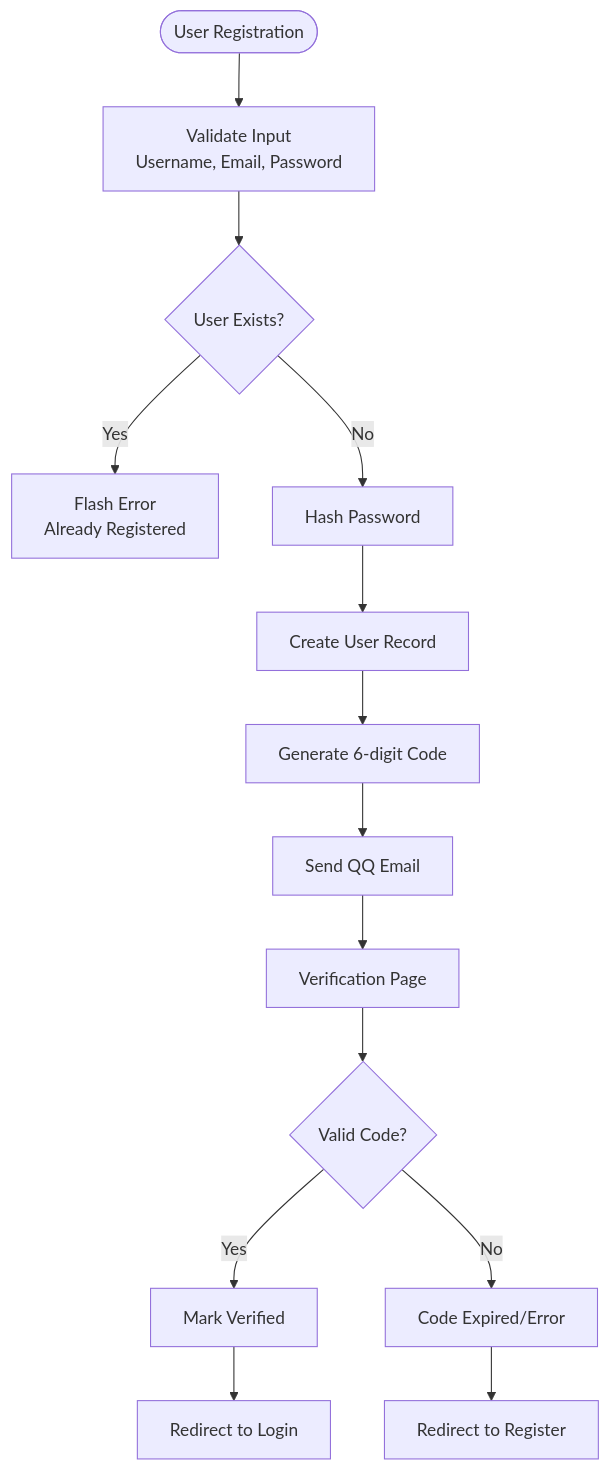
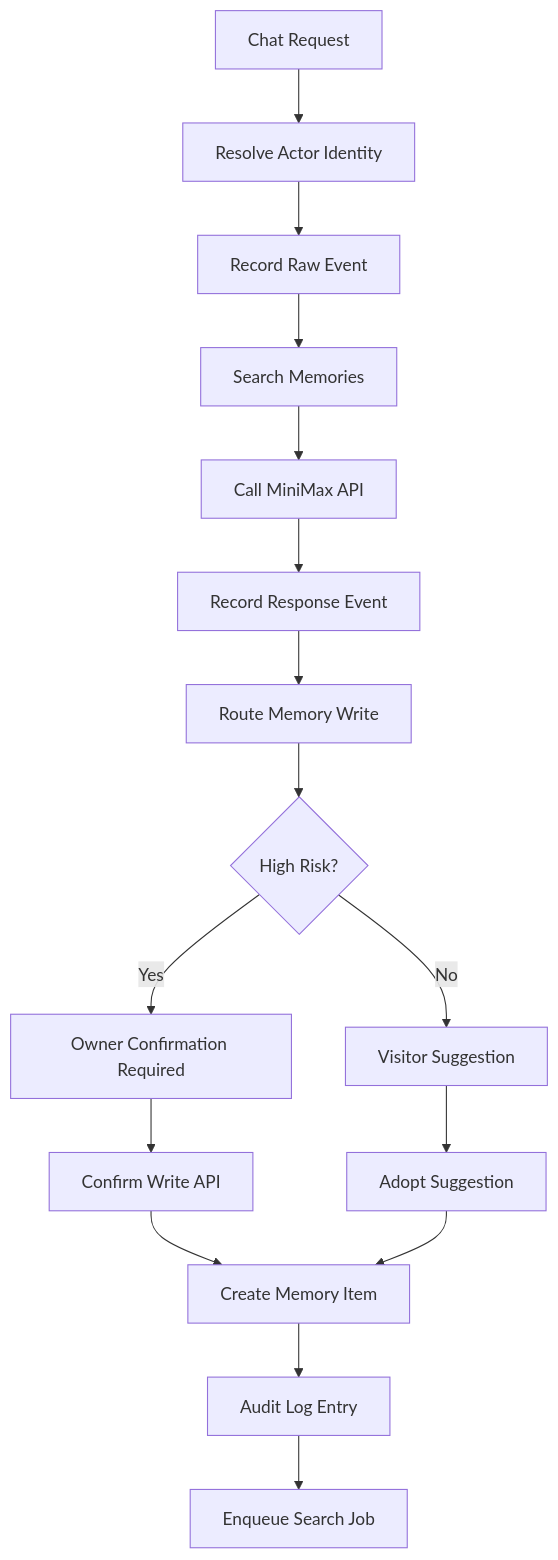
One commit to PolarisW007/PolaZhenJing changed the fourth of 10 diagrams in .qoder/repowiki/en/content/Backend Application/Application Architecture/Application Architecture.md. Above: the diagram before and after it, drawn with Mermaid. The commit also changed other lines of this file and 333 other files, not shown here.

````diff
--- a/.qoder/repowiki/en/content/Backend Application/Application Architecture/Application Architecture.md
+++ b/.qoder/repowiki/en/content/Backend Application/Application Architecture/Application Architecture.md
@@ -204,16 +194,18 @@
 ```mermaid
 flowchart TD
-Start(["User Registration"]) --> Validate["Validate Input<br/>Username, Email, Password"]
-Validate --> Exists{"User Exists?"}
-Exists --> |Yes| Error["Flash Error<br/>Already Registered"]
-Exists --> |No| Hash["Hash Password"]
-Hash --> Create["Create User Record"]
-Create --> Code["Generate 6-digit Code"]
-Code --> Email["Send QQ Email"]
-Email --> Verify["Verification Page"]
-Verify --> Valid{"Valid Code?"}
-Valid --> |Yes| Activate["Mark Verified"]
-Valid --> |No| Expired["Code Expired/Error"]
-Activate --> Success["Redirect to Login"]
-Expired --> Reset["Redirect to Register"]
+Start["Chat Request"] --> Resolve["Resolve Actor Identity"]
+Resolve --> RecordEvent["Record Raw Event"]
+RecordEvent --> SearchMem["Search Memories"]
+SearchMem --> CallModel["Call MiniMax API"]
+CallModel --> RecordResponse["Record Response Event"]
+RecordResponse --> RouteWrite["Route Memory Write"]
+RouteWrite --> CheckRisk{"High Risk?"}
+CheckRisk --> |Yes| OwnerConfirm["Owner Confirmation Required"]
+CheckRisk --> |No| VisitorSuggest["Visitor Suggestion"]
+OwnerConfirm --> ConfirmWrite["Confirm Write API"]
+VisitorSuggest --> AdoptSuggestion["Adopt Suggestion"]
+ConfirmWrite --> CreateMemory["Create Memory Item"]
+AdoptSuggestion --> CreateMemory
+CreateMemory --> AuditLog["Audit Log Entry"]
+AuditLog --> SearchJob["Enqueue Search Job"]
 ```
````
